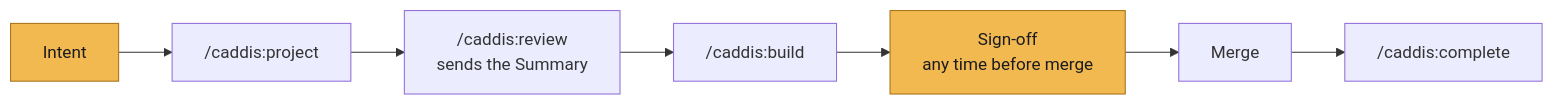
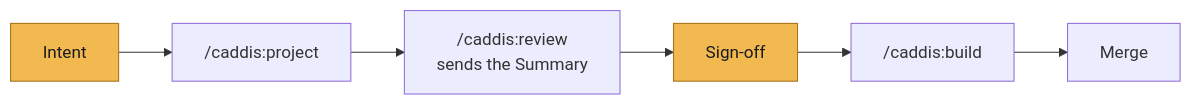
One commit to adivmaimon/Caddis changed the second of 2 diagrams in README.md. Above: the diagram before and after it, drawn with Mermaid. The commit also changed other lines of this file and 2 other files, not shown here.

Commit message:
docs(readme): reorganise around the workflow, team setups and adapting Caddis

````diff
--- a/README.md
+++ b/README.md
@@ -85,6 +133,6 @@
 ```mermaid
 flowchart LR
-  I["Intent"] --> P["/caddis:project"] --> V["/caddis:review<br>sends the Summary"] --> B["/caddis:build"] --> S["Sign-off<br>any time before merge"] --> M[Merge] --> C["/caddis:complete"]
+  I["Intent"] --> P["/caddis:project"] --> V["/caddis:review<br>sends the Summary"] --> S["Sign-off"] --> B["/caddis:build"] --> M[Merge]
   classDef po fill:#f2b950,stroke:#a8741a,color:#1b1b1f
   class I,S po
 ```
````
